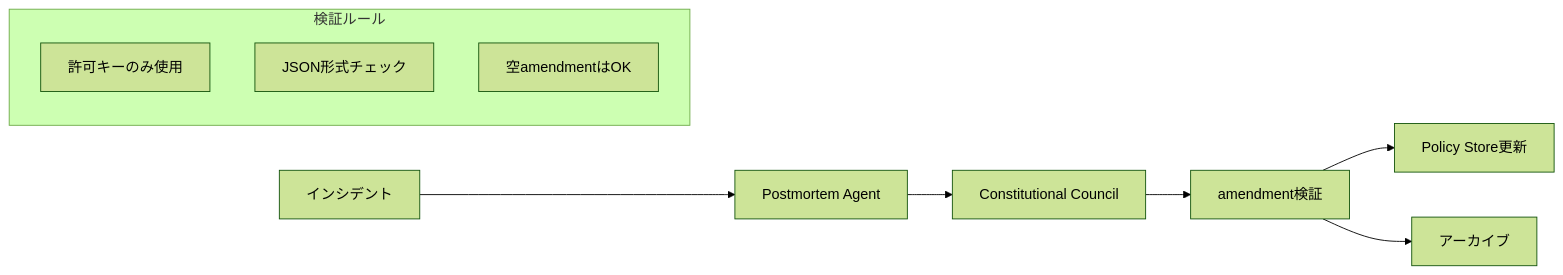
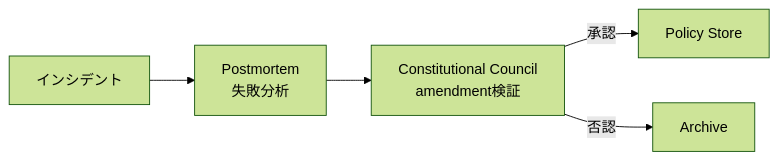
Before and after one commit to fukukei23/zenn: the fifth of 5 diagrams in articles/nexuscore-multi-agent-architecture.md, drawn with Mermaid (forest theme). The commit also changed other lines of this file, not shown here.

Commit message:
fix: simplify all 5 mermaid diagrams for readability - reduce node count

````diff
--- a/articles/nexuscore-multi-agent-architecture.md
+++ b/articles/nexuscore-multi-agent-architecture.md
@@ -386,14 +278,7 @@
 ```mermaid
 graph LR
-    Incident["インシデント"] --> Postmortem["Postmortem Agent"]
-    Postmortem --> Council["Constitutional Council"]
-    Council --> Validate["amendment検証"]
-    Validate --> Policy["Policy Store更新"]
-    Validate --> Archive["アーカイブ"]
-
-    subgraph Rules[検証ルール]
-        K1["許可キーのみ使用"]
-        K2["JSON形式チェック"]
-        K3["空amendmentはOK"]
-    end
+    Incident["インシデント"] --> PM["Postmortem<br/>失敗分析"]
+    PM --> Council["Constitutional Council<br/>amendment検証"]
+    Council -->|承認| Policy["Policy Store"]
+    Council -->|否認| Archive["Archive"]
 ```
````
